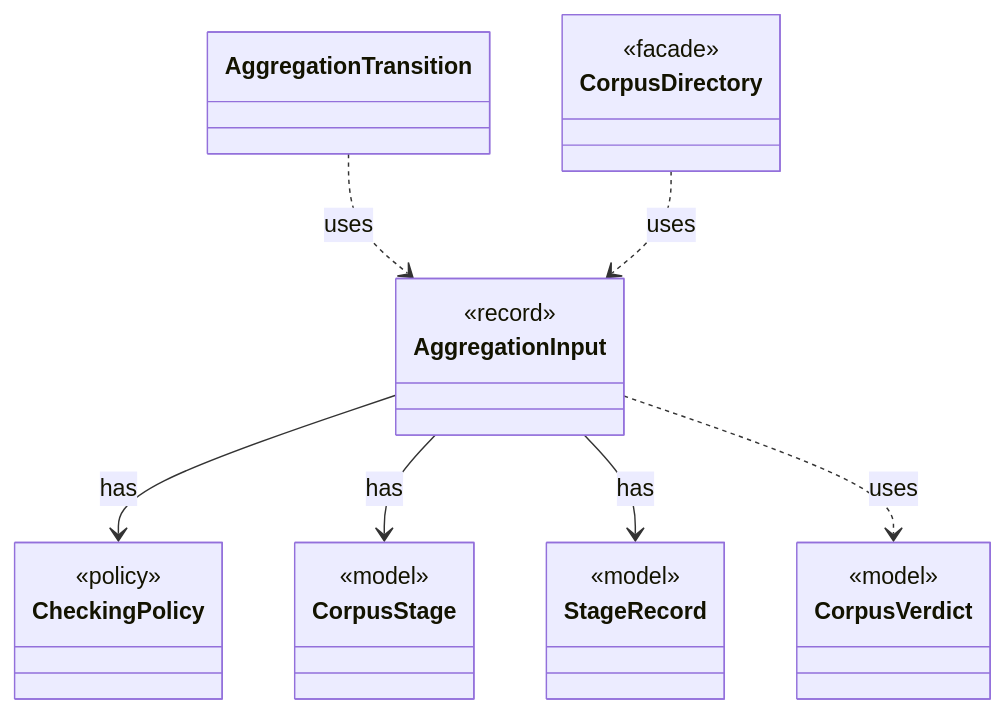
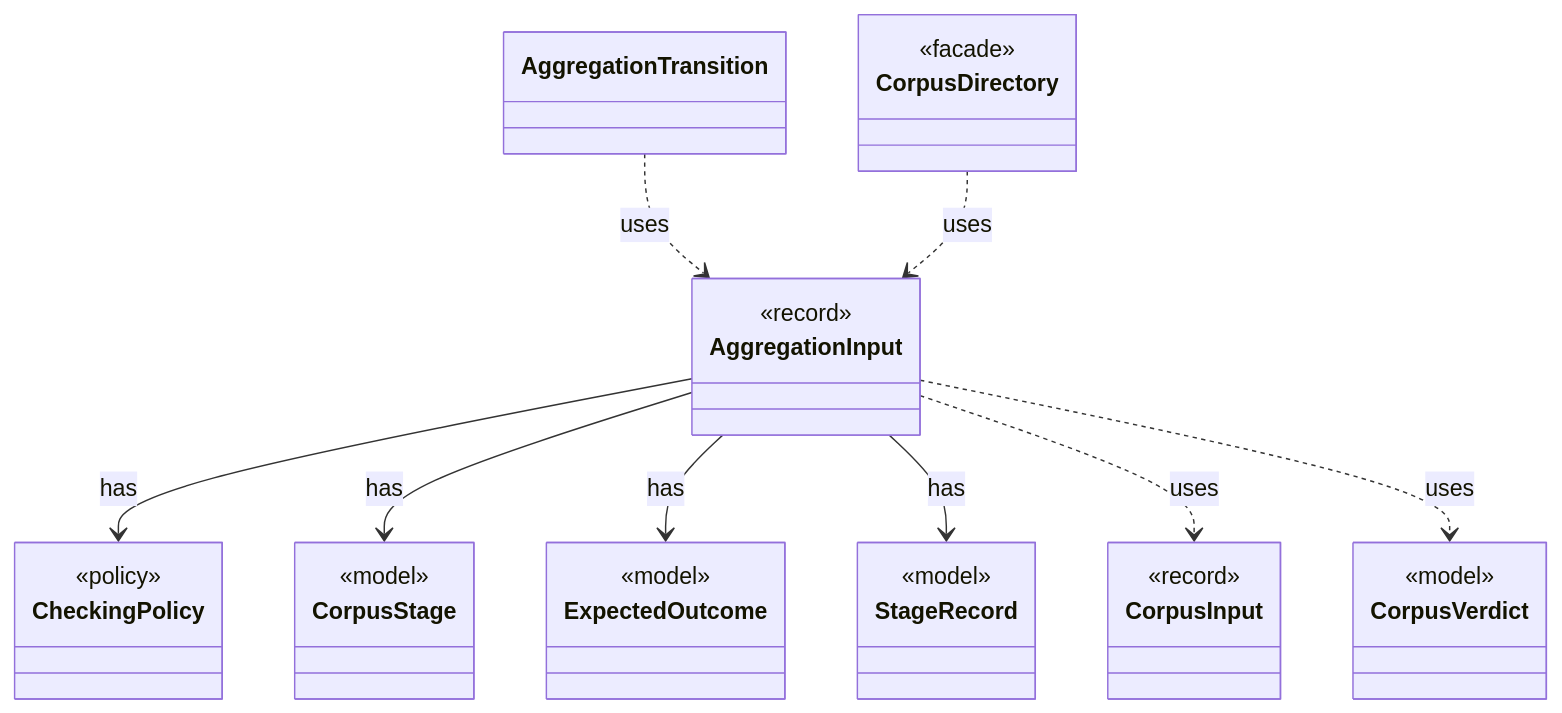
Before and after one commit to tlaplus/model-checker-hardening: the diagram in dev/types/io.github.tlaplus.hardening.corpus.AggregationInput.md, drawn with Mermaid. The commit also changed other lines of this file and 401 other files, not shown here.

````diff
--- a/dev/types/io.github.tlaplus.hardening.corpus.AggregationInput.md
+++ b/dev/types/io.github.tlaplus.hardening.corpus.AggregationInput.md
@@ -9,28 +9,36 @@
 ```mermaid
 classDiagram
   class AggregationInput {
     <<record>>
   }
   class CheckingPolicy {
     <<policy>>
   }
   class CorpusStage {
     <<model>>
   }
+  class ExpectedOutcome {
+    <<model>>
+  }
   class StageRecord {
     <<model>>
+  }
+  class CorpusInput {
+    <<record>>
   }
   class CorpusVerdict {
     <<model>>
   }
   class AggregationTransition
   class CorpusDirectory {
     <<facade>>
   }
   AggregationInput --> CheckingPolicy : has
   AggregationInput --> CorpusStage : has
+  AggregationInput --> ExpectedOutcome : has
   AggregationInput --> StageRecord : has
+  AggregationInput ..> CorpusInput : uses
   AggregationInput ..> CorpusVerdict : uses
   AggregationTransition ..> AggregationInput : uses
   CorpusDirectory ..> AggregationInput : uses
 ```
````
